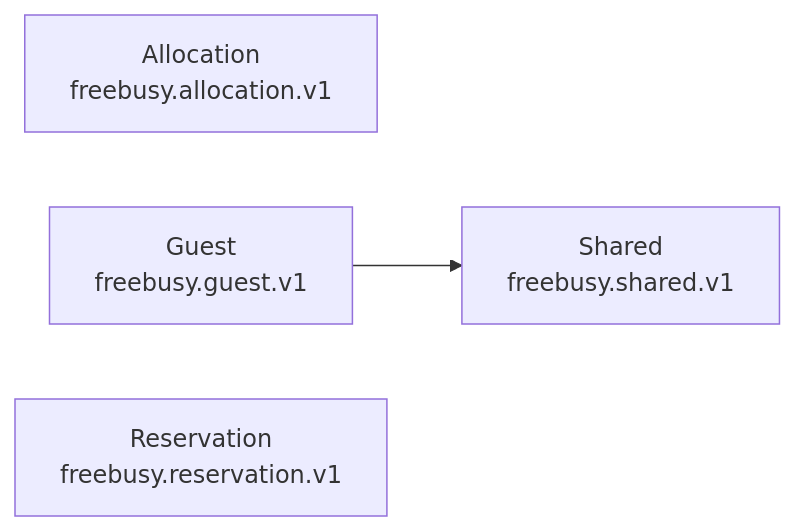
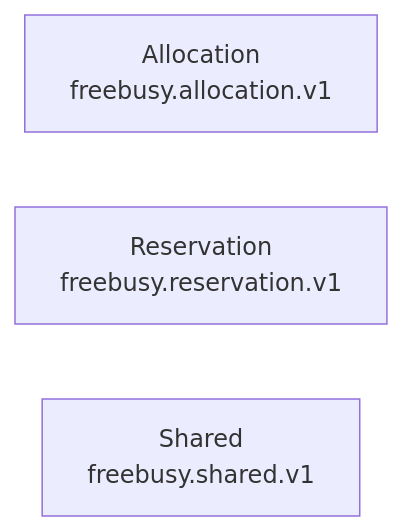
The diagram in protobuf/README.md (shokki-engineering/freebusy), drawn with Mermaid before and after one commit. The commit also changed other lines of this file and 77 other files, not shown here.

First line of the commit message:
Remove deprecated OpenAPI YAML files and update schemas for guest and reservation types

````diff
--- a/protobuf/README.md
+++ b/protobuf/README.md
@@ -22,8 +21,7 @@
 ```mermaid
 graph LR
     freebusy_allocation_v1["Allocation<br/>freebusy.allocation.v1"]
-    freebusy_guest_v1["Guest<br/>freebusy.guest.v1"]
     freebusy_reservation_v1["Reservation<br/>freebusy.reservation.v1"]
     freebusy_shared_v1["Shared<br/>freebusy.shared.v1"]
-    freebusy_guest_v1 --> freebusy_shared_v1
+    %% no local cross-module imports
 ```
````
